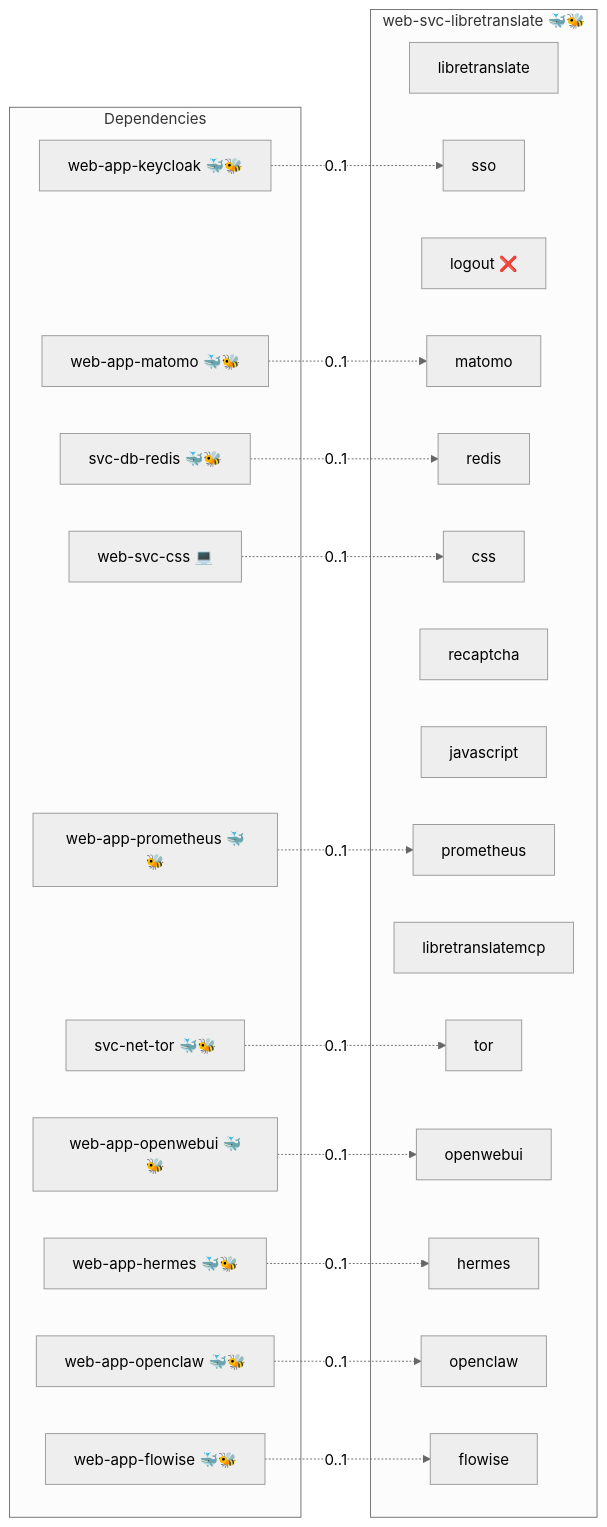
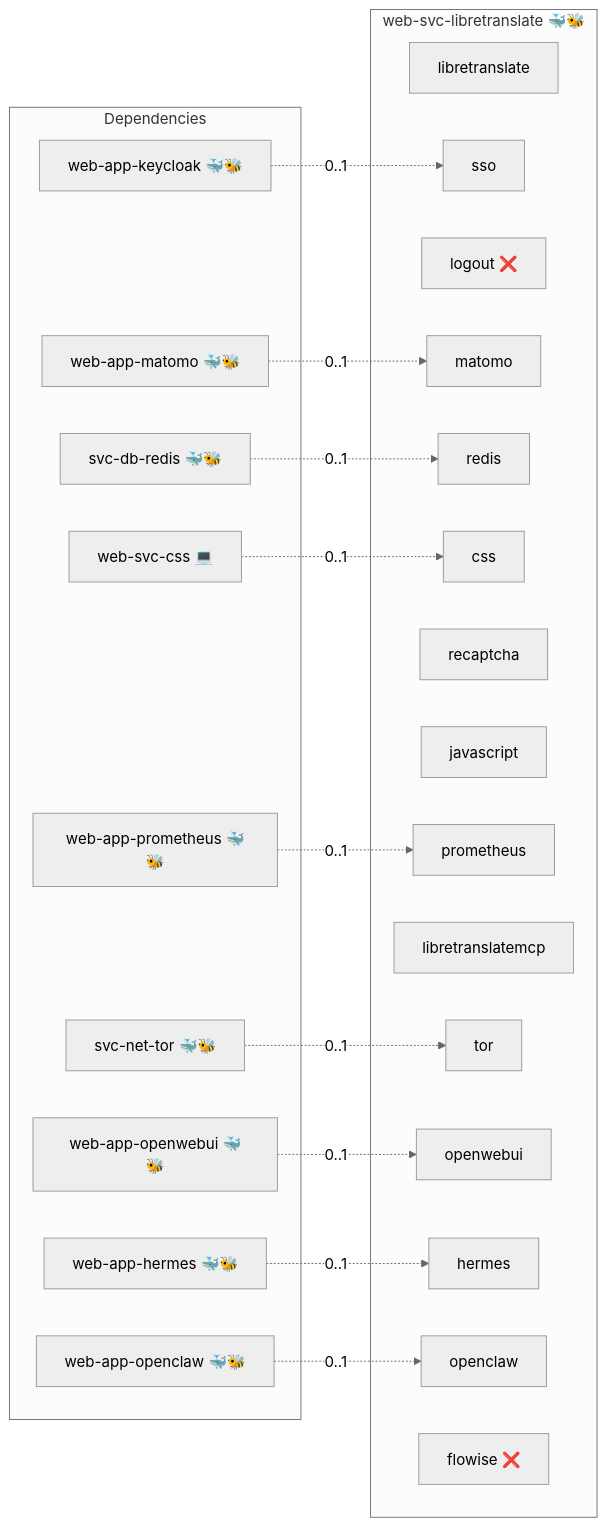
The diagram in roles/web-svc-libretranslate/README.md (infinito-nexus/core), drawn with Mermaid (neutral theme) before and after one commit. The commit also changed 66 other files, not shown here.

````diff
--- a/roles/web-svc-libretranslate/README.md
+++ b/roles/web-svc-libretranslate/README.md
@@ -30,42 +30,40 @@
 ```mermaid
 flowchart LR
     subgraph deps [Dependencies]
         dep_svc_db_redis["svc-db-redis 🐳🐝"]
         dep_svc_net_tor["svc-net-tor 🐳🐝"]
-        dep_web_app_flowise["web-app-flowise 🐳🐝"]
         dep_web_app_hermes["web-app-hermes 🐳🐝"]
         dep_web_app_keycloak["web-app-keycloak 🐳🐝"]
         dep_web_app_matomo["web-app-matomo 🐳🐝"]
         dep_web_app_openclaw["web-app-openclaw 🐳🐝"]
         dep_web_app_openwebui["web-app-openwebui 🐳🐝"]
         dep_web_app_prometheus["web-app-prometheus 🐳🐝"]
         dep_web_svc_css["web-svc-css 💻"]
     end
     subgraph role [web-svc-libretranslate 🐳🐝]
         svc_libretranslate["libretranslate"]
         svc_sso["sso"]
         svc_logout["logout ❌"]
         svc_matomo["matomo"]
         svc_redis["redis"]
         svc_css["css"]
         svc_recaptcha["recaptcha"]
         svc_javascript["javascript"]
         svc_prometheus["prometheus"]
         svc_libretranslatemcp["libretranslatemcp"]
         svc_tor["tor"]
         svc_openwebui["openwebui"]
         svc_hermes["hermes"]
         svc_openclaw["openclaw"]
-        svc_flowise["flowise"]
+        svc_flowise["flowise ❌"]
     end
     dep_svc_db_redis -. "0..1" .-> svc_redis
     dep_svc_net_tor -. "0..1" .-> svc_tor
-    dep_web_app_flowise -. "0..1" .-> svc_flowise
     dep_web_app_hermes -. "0..1" .-> svc_hermes
     dep_web_app_keycloak -. "0..1" .-> svc_sso
     dep_web_app_matomo -. "0..1" .-> svc_matomo
     dep_web_app_openclaw -. "0..1" .-> svc_openclaw
     dep_web_app_openwebui -. "0..1" .-> svc_openwebui
     dep_web_app_prometheus -. "0..1" .-> svc_prometheus
     dep_web_svc_css -. "0..1" .-> svc_css
 ```
````
